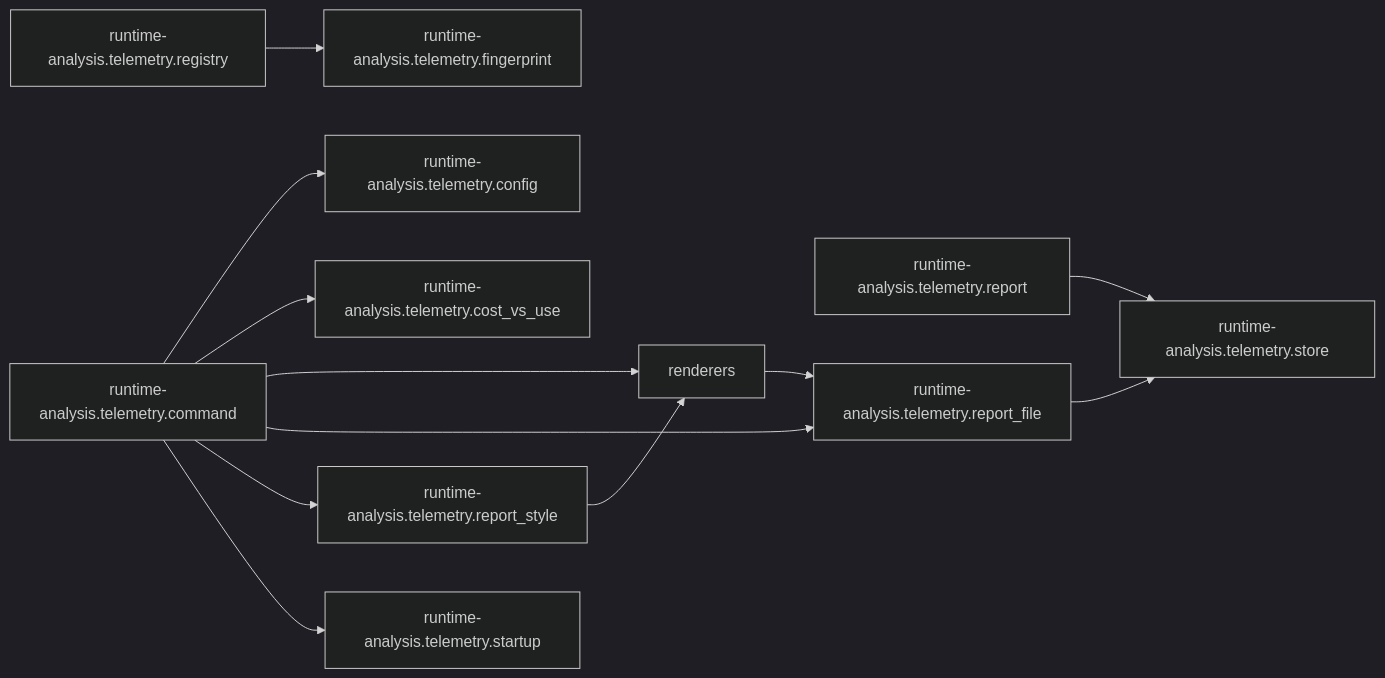
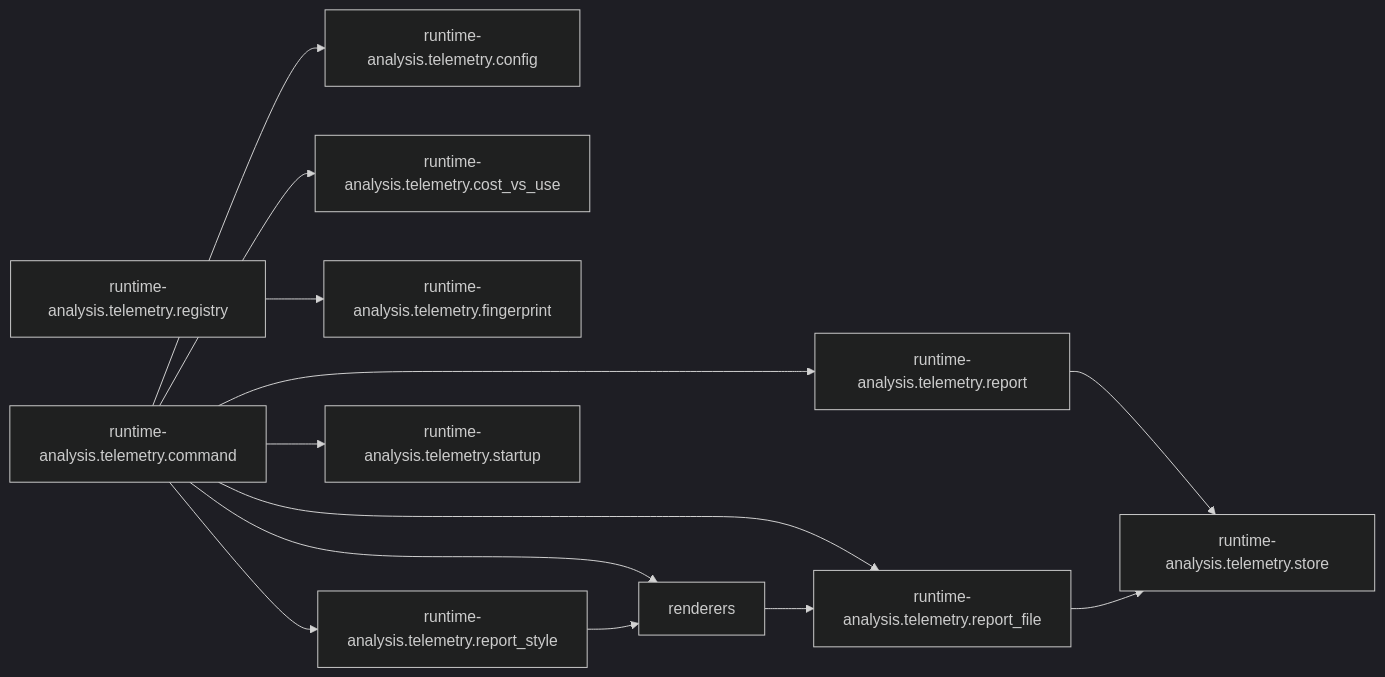
The second of 2 diagrams in docs/map/overview.md (StefanBartl/runtime-analysis.nvim), drawn with Mermaid (dark theme) before and after one commit. The commit also changed other lines of this file and 10 other files, not shown here.

````diff
--- a/docs/map/overview.md
+++ b/docs/map/overview.md
@@ -34,25 +34,26 @@
 ```mermaid
 flowchart LR
   nlua_runtime_analysis_telemetry_command_lua["runtime-analysis.telemetry.command"]
   nlua_runtime_analysis_telemetry_config_lua["runtime-analysis.telemetry.config"]
   nlua_runtime_analysis_telemetry_cost_vs_use_lua["runtime-analysis.telemetry.cost_vs_use"]
   nlua_runtime_analysis_telemetry_fingerprint_lua["runtime-analysis.telemetry.fingerprint"]
   nlua_runtime_analysis_telemetry_registry_lua["runtime-analysis.telemetry.registry"]
   nlua_runtime_analysis_telemetry_renderers["renderers"]
   nlua_runtime_analysis_telemetry_report_lua["runtime-analysis.telemetry.report"]
   nlua_runtime_analysis_telemetry_report_file_lua["runtime-analysis.telemetry.report_file"]
   nlua_runtime_analysis_telemetry_report_style_lua["runtime-analysis.telemetry.report_style"]
   nlua_runtime_analysis_telemetry_startup_lua["runtime-analysis.telemetry.startup"]
   nlua_runtime_analysis_telemetry_store_lua["runtime-analysis.telemetry.store"]
   nlua_runtime_analysis_telemetry_command_lua --> nlua_runtime_analysis_telemetry_config_lua
   nlua_runtime_analysis_telemetry_command_lua --> nlua_runtime_analysis_telemetry_cost_vs_use_lua
   nlua_runtime_analysis_telemetry_command_lua --> nlua_runtime_analysis_telemetry_renderers
+  nlua_runtime_analysis_telemetry_command_lua --> nlua_runtime_analysis_telemetry_report_lua
   nlua_runtime_analysis_telemetry_command_lua --> nlua_runtime_analysis_telemetry_report_file_lua
   nlua_runtime_analysis_telemetry_command_lua --> nlua_runtime_analysis_telemetry_report_style_lua
   nlua_runtime_analysis_telemetry_command_lua --> nlua_runtime_analysis_telemetry_startup_lua
   nlua_runtime_analysis_telemetry_registry_lua --> nlua_runtime_analysis_telemetry_fingerprint_lua
   nlua_runtime_analysis_telemetry_renderers --> nlua_runtime_analysis_telemetry_report_file_lua
   nlua_runtime_analysis_telemetry_report_lua --> nlua_runtime_analysis_telemetry_store_lua
   nlua_runtime_analysis_telemetry_report_file_lua --> nlua_runtime_analysis_telemetry_store_lua
   nlua_runtime_analysis_telemetry_report_style_lua --> nlua_runtime_analysis_telemetry_renderers
 ```
````
